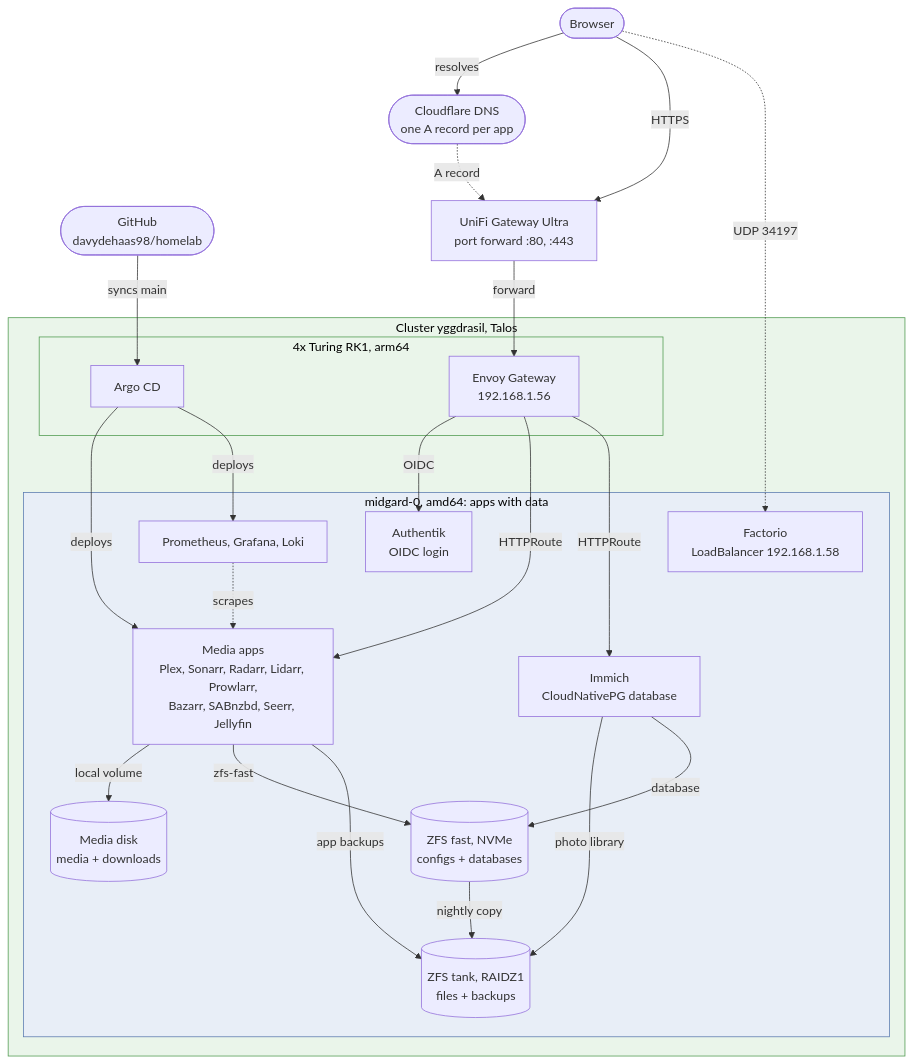
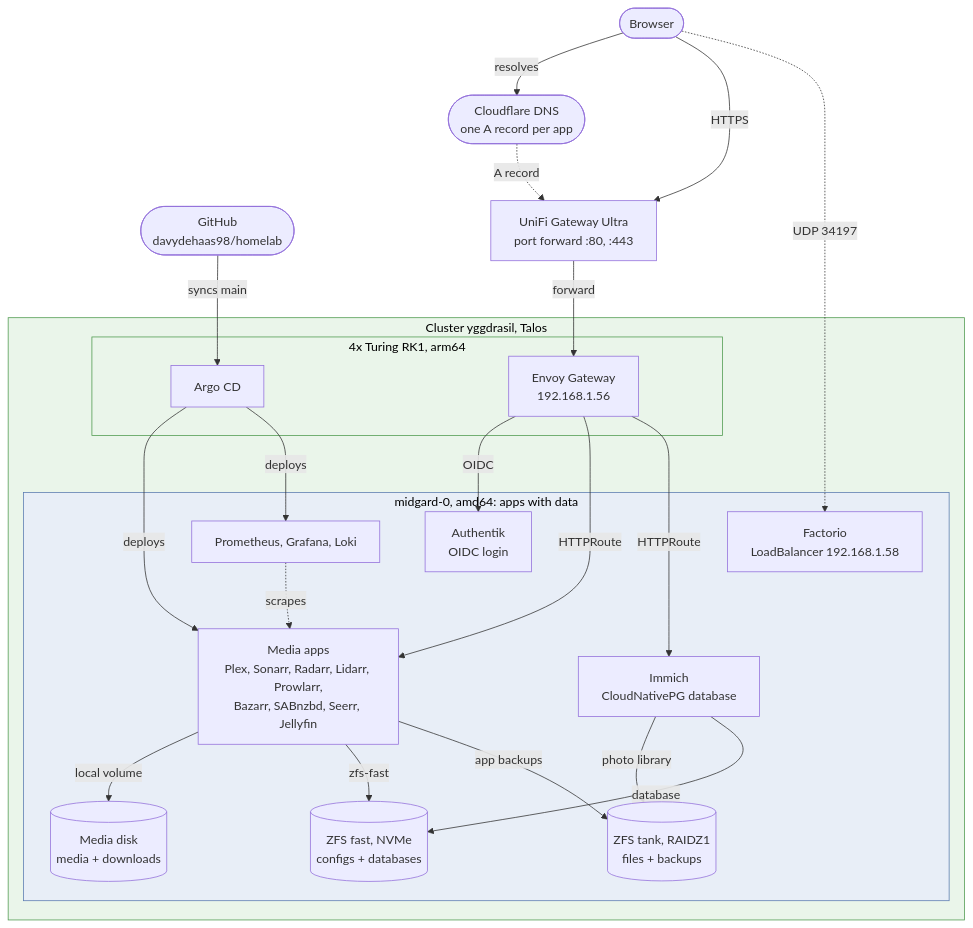
Before and after one commit to davydehaas98/homelab: the diagram in docs/diagrams/architecture.mmd, drawn with Mermaid. The commit also changed 9 other files, not shown here.

```diff
--- a/docs/diagrams/architecture.mmd
+++ b/docs/diagrams/architecture.mmd
@@ -1,49 +1,48 @@
 flowchart TB
     browser([Browser])
     dns(["Cloudflare DNS<br/>one A record per app"])
     github(["GitHub<br/>davydehaas98/homelab"])
 
     unifi["UniFi Gateway Ultra<br/>port forward :80, :443"]
 
     subgraph k8s["Cluster yggdrasil, Talos"]
         subgraph rk1["4x Turing RK1, arm64"]
             envoy["Envoy Gateway<br/>192.168.1.56"]
             argo["Argo CD"]
         end
         subgraph midgard["midgard-0, amd64: apps with data"]
             authentik["Authentik<br/>OIDC login"]
             apps["Media apps<br/>Plex, Sonarr, Radarr, Lidarr, Prowlarr,<br/>Bazarr, SABnzbd, Seerr, Jellyfin"]
             immich["Immich<br/>CloudNativePG database"]
             factorio["Factorio<br/>LoadBalancer 192.168.1.58"]
             monitoring["Prometheus, Grafana, Loki"]
             fast[("ZFS fast, NVMe<br/>configs + databases")]
             tank[("ZFS tank, RAIDZ1<br/>files + backups")]
             media[("Media disk<br/>media + downloads")]
         end
     end
 
     browser -->|resolves| dns
     dns -.->|A record| unifi
     browser -->|HTTPS| unifi
     unifi -->|forward| envoy
     envoy -->|OIDC| authentik
     envoy -->|HTTPRoute| apps
     envoy -->|HTTPRoute| immich
     browser -.->|UDP 34197| factorio
 
     apps -->|local volume| media
     apps -->|zfs-fast| fast
     apps -->|app backups| tank
     immich -->|photo library| tank
     immich -->|database| fast
-    fast -->|nightly copy| tank
 
     github -->|syncs main| argo
     argo -->|deploys| apps
     argo -->|deploys| monitoring
     monitoring -.->|scrapes| apps
 
     classDef server fill:#e8eef7,stroke:#5b7bb0,color:#000
     classDef cluster fill:#eaf5ea,stroke:#4f9a4f,color:#000
     class midgard server
     class k8s,rk1 cluster
```
